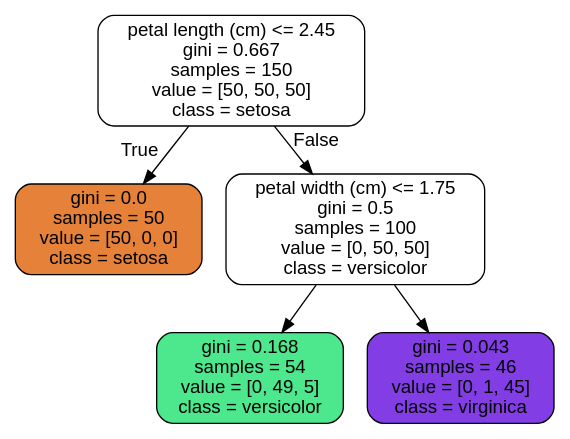
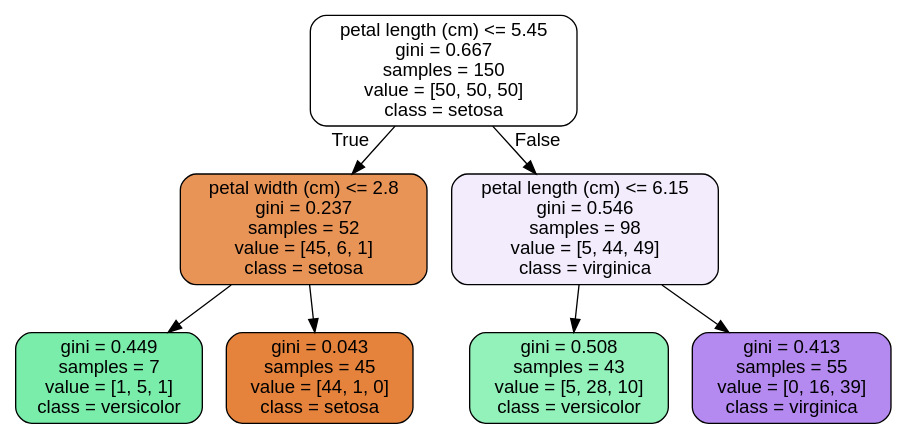
One commit to LelandYan/sklearn_tensorflow changed the diagram in chapter06/images/decision_trees/iris_tree.dot. Above: the diagram before and after it, drawn with Graphviz. The commit also changed 2 other files, not shown here.

```diff
--- a/chapter06/images/decision_trees/iris_tree.dot
+++ b/chapter06/images/decision_trees/iris_tree.dot
@@ -1,13 +1,17 @@
 digraph Tree {
 node [shape=box, style="filled, rounded", color="black", fontname=helvetica] ;
 edge [fontname=helvetica] ;
-0 [label="petal length (cm) <= 2.45\ngini = 0.667\nsamples = 150\nvalue = [50, 50, 50]\nclass = setosa", fillcolor="#e5813900"] ;
-1 [label="gini = 0.0\nsamples = 50\nvalue = [50, 0, 0]\nclass = setosa", fillcolor="#e58139ff"] ;
+0 [label="petal length (cm) <= 5.45\ngini = 0.667\nsamples = 150\nvalue = [50, 50, 50]\nclass = setosa", fillcolor="#e5813900"] ;
+1 [label="petal width (cm) <= 2.8\ngini = 0.237\nsamples = 52\nvalue = [45, 6, 1]\nclass = setosa", fillcolor="#e58139d8"] ;
 0 -> 1 [labeldistance=2.5, labelangle=45, headlabel="True"] ;
-2 [label="petal width (cm) <= 1.75\ngini = 0.5\nsamples = 100\nvalue = [0, 50, 50]\nclass = versicolor", fillcolor="#39e58100"] ;
-0 -> 2 [labeldistance=2.5, labelangle=-45, headlabel="False"] ;
-3 [label="gini = 0.168\nsamples = 54\nvalue = [0, 49, 5]\nclass = versicolor", fillcolor="#39e581e5"] ;
-2 -> 3 ;
-4 [label="gini = 0.043\nsamples = 46\nvalue = [0, 1, 45]\nclass = virginica", fillcolor="#8139e5f9"] ;
-2 -> 4 ;
+2 [label="gini = 0.449\nsamples = 7\nvalue = [1, 5, 1]\nclass = versicolor", fillcolor="#39e581aa"] ;
+1 -> 2 ;
+3 [label="gini = 0.043\nsamples = 45\nvalue = [44, 1, 0]\nclass = setosa", fillcolor="#e58139f9"] ;
+1 -> 3 ;
+4 [label="petal length (cm) <= 6.15\ngini = 0.546\nsamples = 98\nvalue = [5, 44, 49]\nclass = virginica", fillcolor="#8139e518"] ;
+0 -> 4 [labeldistance=2.5, labelangle=-45, headlabel="False"] ;
+5 [label="gini = 0.508\nsamples = 43\nvalue = [5, 28, 10]\nclass = versicolor", fillcolor="#39e5818b"] ;
+4 -> 5 ;
+6 [label="gini = 0.413\nsamples = 55\nvalue = [0, 16, 39]\nclass = virginica", fillcolor="#8139e596"] ;
+4 -> 6 ;
 }
```
